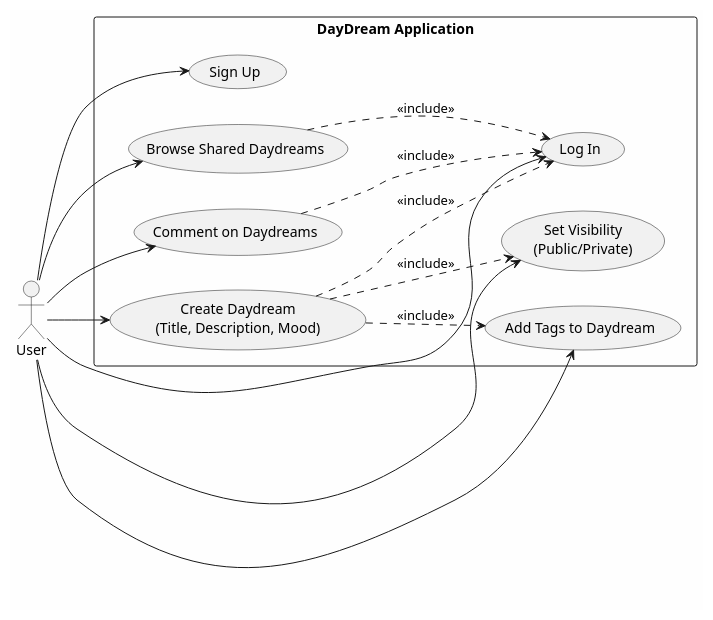
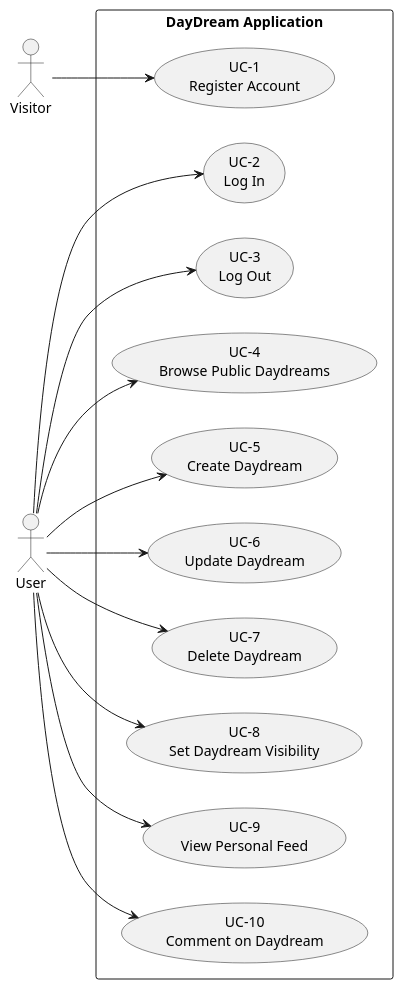
Before and after one commit to NikolaMatovic/DayDream: the diagram in doc/use-case.plantuml, drawn with PlantUML. The commit also changed 4 other files, not shown here.

```diff
--- a/doc/use-case.plantuml
+++ b/doc/use-case.plantuml
@@ -1,32 +1,31 @@
-@startuml DayDream Use Cases
-skinparam backgroundColor #FEFEFE
+@startuml
 left to right direction
 
-
-actor "User" as RegisteredUser
+actor Visitor
+actor User
 
 rectangle "DayDream Application" {
-  usecase UC1 as "Sign Up"
-  usecase UC2 as "Log In"
-  usecase UC3 as "Create Daydream\n(Title, Description, Mood)"
-  usecase UC4 as "Set Visibility\n(Public/Private)"
-  usecase UC5 as "Add Tags to Daydream"
-  usecase UC6 as "Browse Shared Daydreams"
-  usecase UC7 as "Comment on Daydreams"
+  usecase "UC-1\nRegister Account" as UC1
+  usecase "UC-2\nLog In" as UC2
+  usecase "UC-3\nLog Out" as UC3
+  usecase "UC-4\nBrowse Public Daydreams" as UC4
+  usecase "UC-5\nCreate Daydream" as UC5
+  usecase "UC-6\nUpdate Daydream" as UC6
+  usecase "UC-7\nDelete Daydream" as UC7
+  usecase "UC-8\nSet Daydream Visibility" as UC8
+  usecase "UC-9\nView Personal Feed" as UC9
+  usecase "UC-10\nComment on Daydream" as UC10
 }
 
-RegisteredUser --> UC1
-RegisteredUser --> UC2
-RegisteredUser --> UC3
-RegisteredUser --> UC4
-RegisteredUser --> UC5
-RegisteredUser --> UC6
-RegisteredUser --> UC7
-
-UC3 ..> UC4 : <<include>>
-UC3 ..> UC5 : <<include>>
-UC7 ..> UC2 : <<include>>
-UC3 ..> UC2 : <<include>>
-UC6 ..> UC2 : <<include>>
+Visitor --> UC1
+User --> UC2
+User --> UC3
+User --> UC4
+User --> UC5
+User --> UC6
+User --> UC7
+User --> UC8
+User --> UC9
+User --> UC10
 
 @enduml
```
